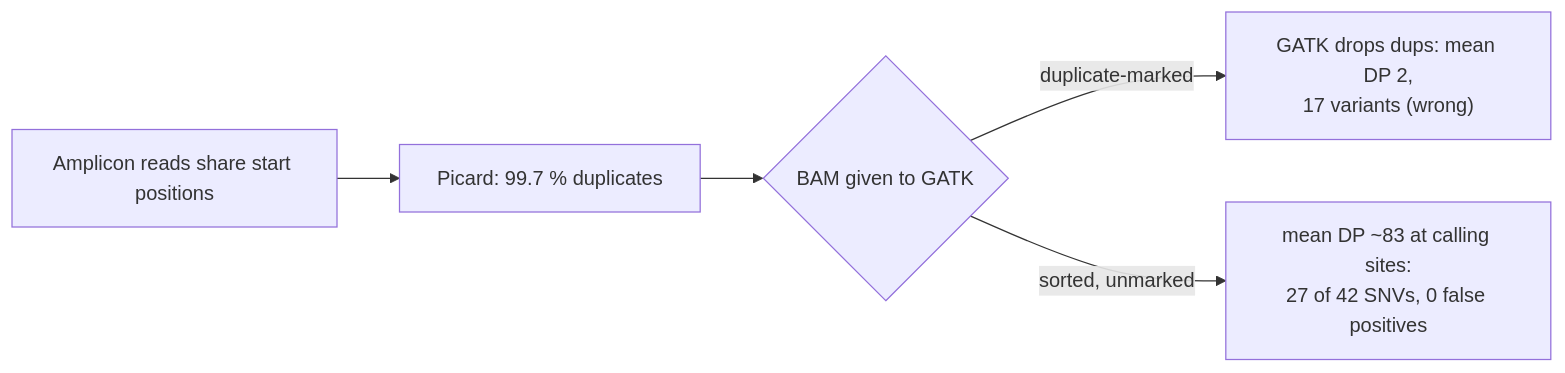
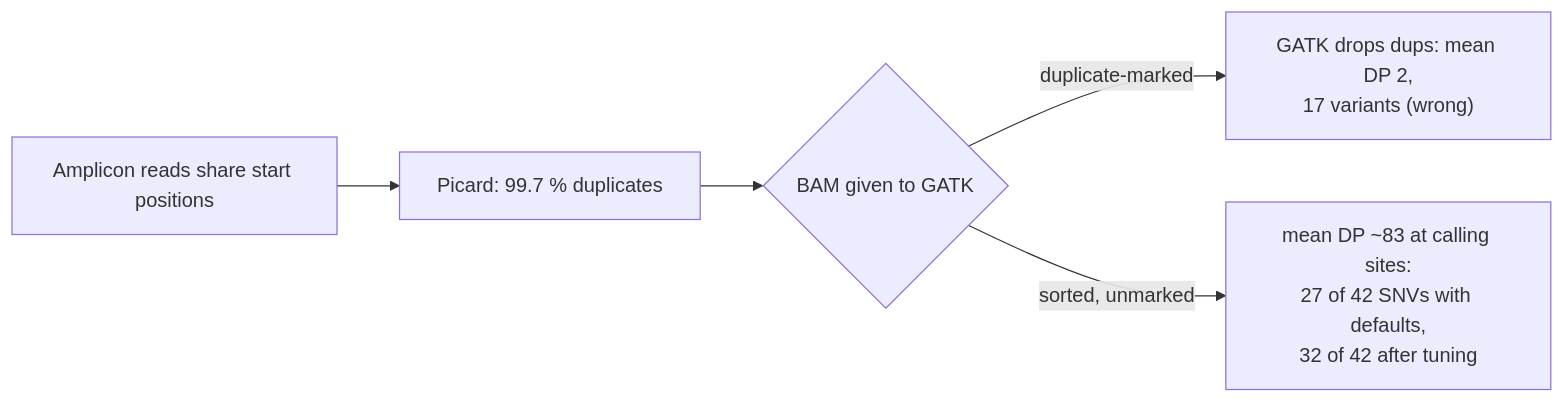
The seventh of 13 diagrams in README.md (AHumanBrain/my_amplicon_project), drawn with Mermaid before and after one commit. The commit also changed other lines of this file and 1 other file, not shown here.

````diff
--- a/README.md
+++ b/README.md
@@ -185,7 +185,7 @@
 ```mermaid
 flowchart LR
     A["Amplicon reads share start positions"] --> B["Picard: 99.7 % duplicates"]
     B --> C{"BAM given to GATK"}
     C -- "duplicate-marked" --> D["GATK drops dups: mean DP 2,<br/>17 variants (wrong)"]
-    C -- "sorted, unmarked" --> E["mean DP ~83 at calling sites:<br/>27 of 42 SNVs, 0 false positives"]
+    C -- "sorted, unmarked" --> E["mean DP ~83 at calling sites:<br/>27 of 42 SNVs with defaults,<br/>32 of 42 after tuning"]
 ```
````
